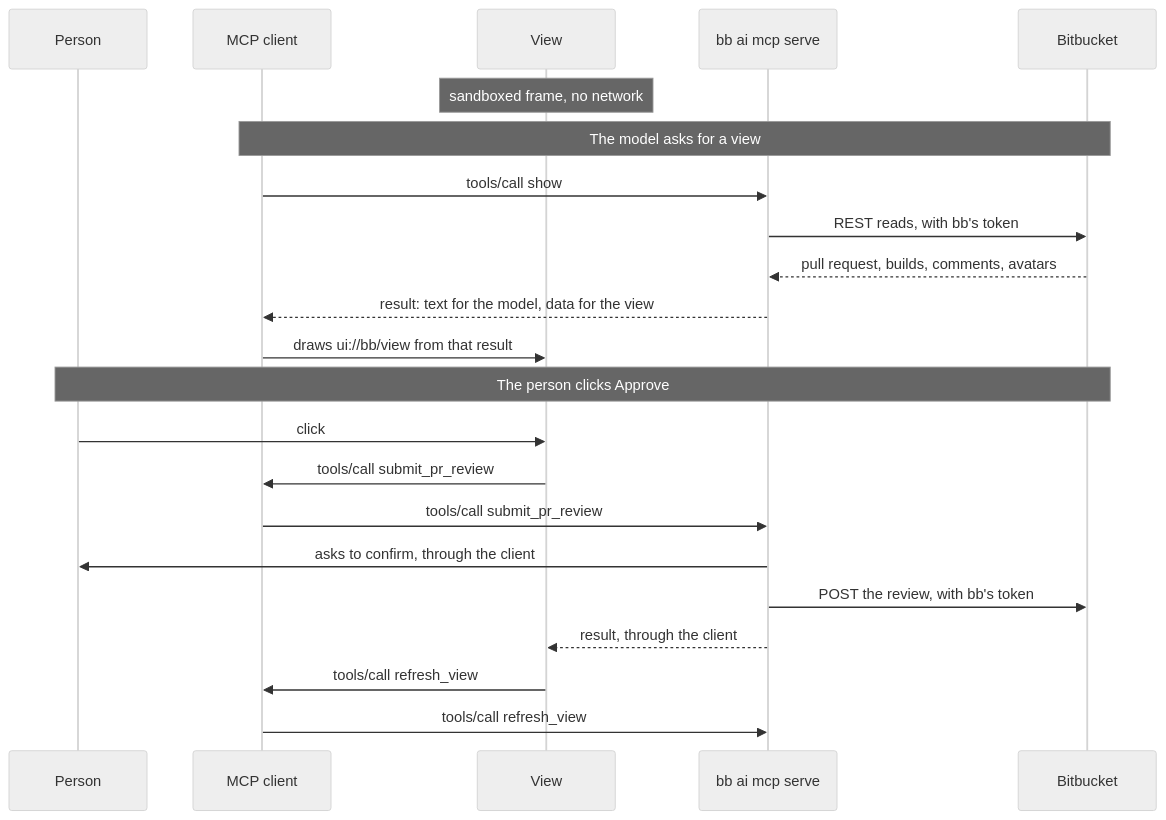
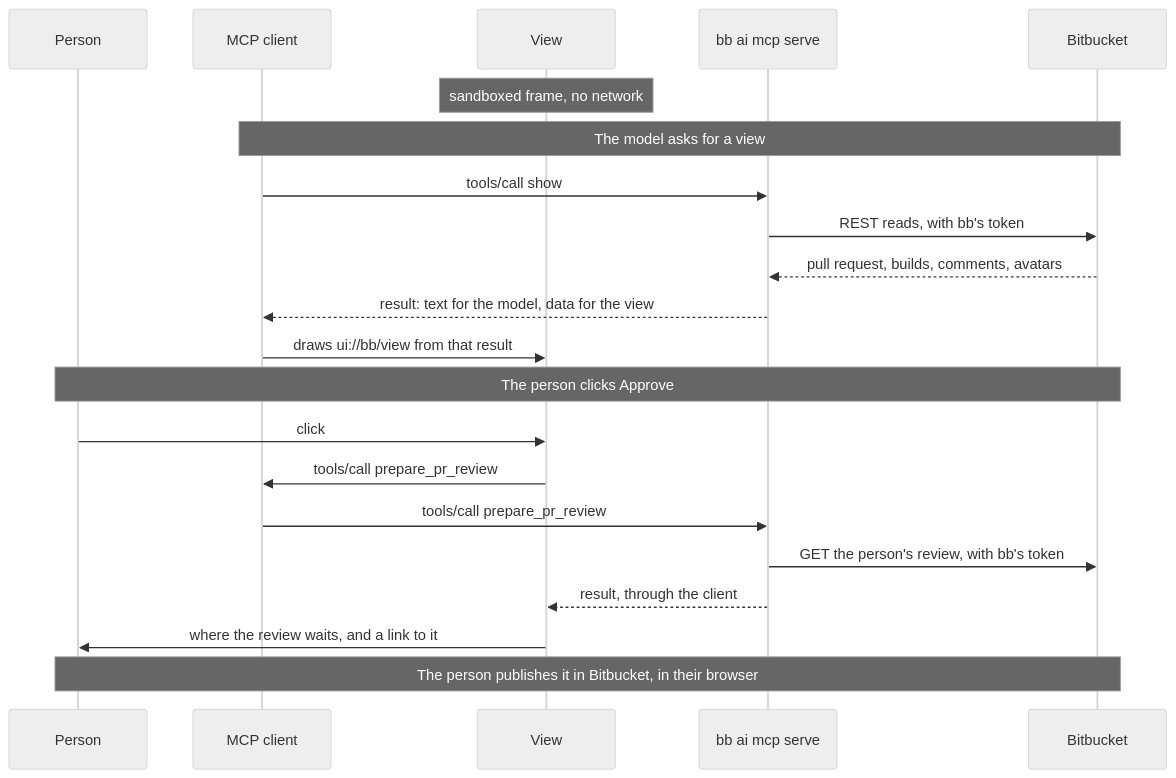
One commit to vriesdemichael/bitbucket-data-center-cli changed the diagram in docs/site/advanced/mcp-governance.md. Above: the diagram before and after it, drawn with Mermaid (neutral theme). The commit also changed other lines of this file and 35 other files, not shown here.

First line of the commit message:
feat(mcp)!: prepare a review for the person to publish instead of approving

````diff
--- a/docs/site/advanced/mcp-governance.md
+++ b/docs/site/advanced/mcp-governance.md
@@ -138,24 +141,23 @@
 ```mermaid
 sequenceDiagram
     participant Person
     participant Client as MCP client
     participant View
     participant bb as bb ai mcp serve
     participant Bitbucket
     Note over View: sandboxed frame, no network
     Note over Client,Bitbucket: The model asks for a view
     Client->>bb: tools/call show
     bb->>Bitbucket: REST reads, with bb's token
     Bitbucket-->>bb: pull request, builds, comments, avatars
     bb-->>Client: result: text for the model, data for the view
     Client->>View: draws ui://bb/view from that result
     Note over Person,Bitbucket: The person clicks Approve
     Person->>View: click
-    View->>Client: tools/call submit_pr_review
-    Client->>bb: tools/call submit_pr_review
-    bb->>Person: asks to confirm, through the client
-    bb->>Bitbucket: POST the review, with bb's token
+    View->>Client: tools/call prepare_pr_review
+    Client->>bb: tools/call prepare_pr_review
+    bb->>Bitbucket: GET the person's review, with bb's token
     bb-->>View: result, through the client
-    View->>Client: tools/call refresh_view
-    Client->>bb: tools/call refresh_view
+    View->>Person: where the review waits, and a link to it
+    Note over Person,Bitbucket: The person publishes it in Bitbucket, in their browser
 ```
````
